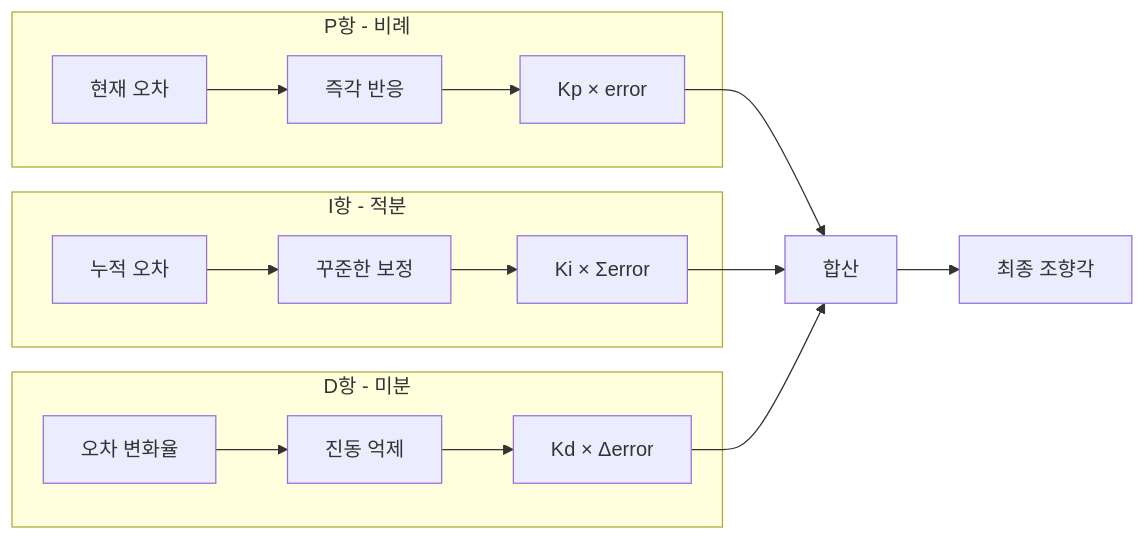
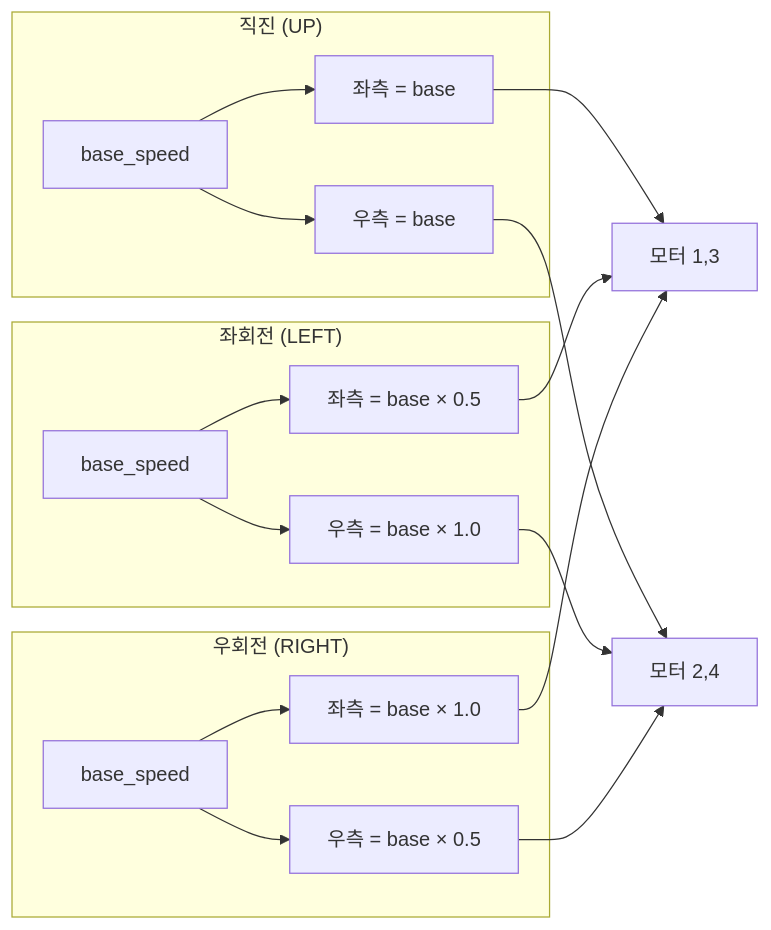
Before and after one commit to Collegenie-X/Raspbot-v2-self-driving-car: diagram 33 of 44 in 06_final_self_driving/_1단계_요구사항_분석.md, drawn with Mermaid. The commit also changed other lines of this file and 5 other files, not shown here.

````diff
--- a/06_final_self_driving/_1단계_요구사항_분석.md
+++ b/06_final_self_driving/_1단계_요구사항_분석.md
@@ -1478,22 +1520,24 @@
 ```mermaid
 flowchart LR
-    subgraph "P항 - 비례"
-        A1[현재 오차] --> A2[즉각 반응]
-        A2 --> A3[Kp × error]
+    subgraph "직진 (UP)"
+        A1[base_speed] --> A2[좌측 = base]
+        A1 --> A3[우측 = base]
     end
     
-    subgraph "I항 - 적분"
-        B1[누적 오차] --> B2[꾸준한 보정]
-        B2 --> B3[Ki × Σerror]
+    subgraph "좌회전 (LEFT)"
+        B1[base_speed] --> B2[좌측 = base × 0.5]
+        B1 --> B3[우측 = base × 1.0]
     end
     
-    subgraph "D항 - 미분"
-        C1[오차 변화율] --> C2[진동 억제]
-        C2 --> C3[Kd × Δerror]
+    subgraph "우회전 (RIGHT)"
+        C1[base_speed] --> C2[좌측 = base × 1.0]
+        C1 --> C3[우측 = base × 0.5]
     end
     
-    A3 --> D[합산]
-    B3 --> D
-    C3 --> D
-    D --> E[최종 조향각]
+    A2 --> D[모터 1,3]
+    A3 --> E[모터 2,4]
+    B2 --> D
+    B3 --> E
+    C2 --> D
+    C3 --> E
 ```
````
